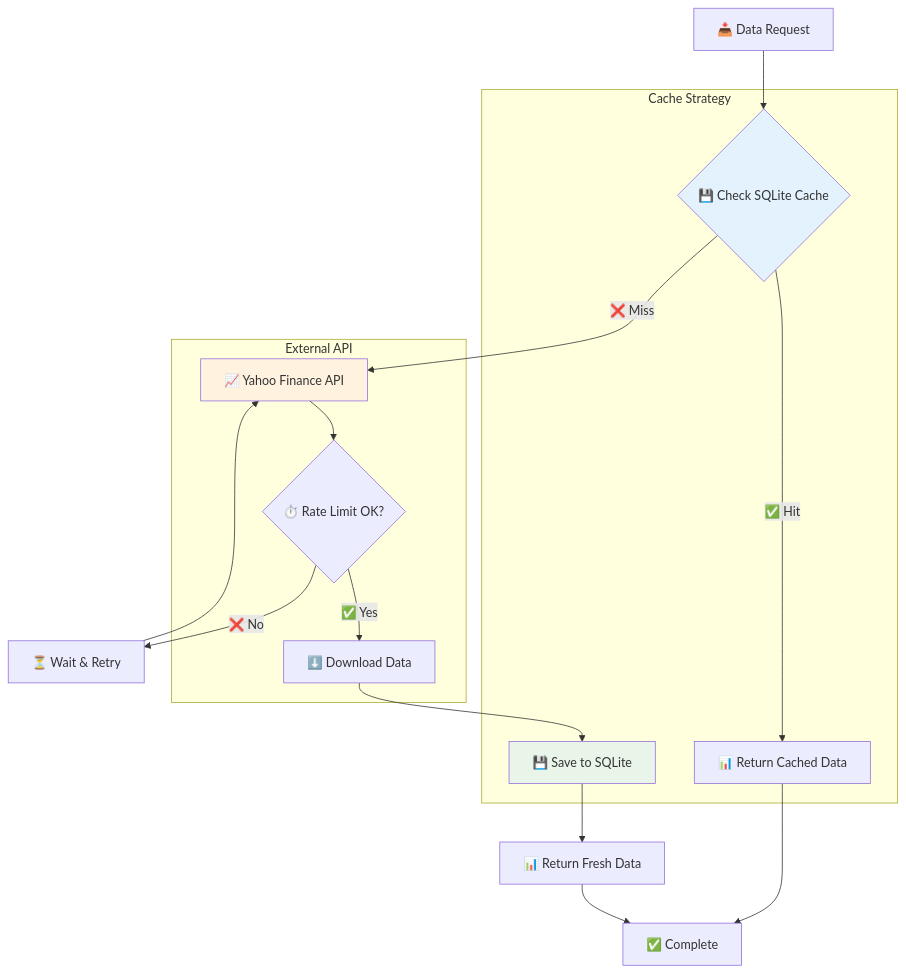
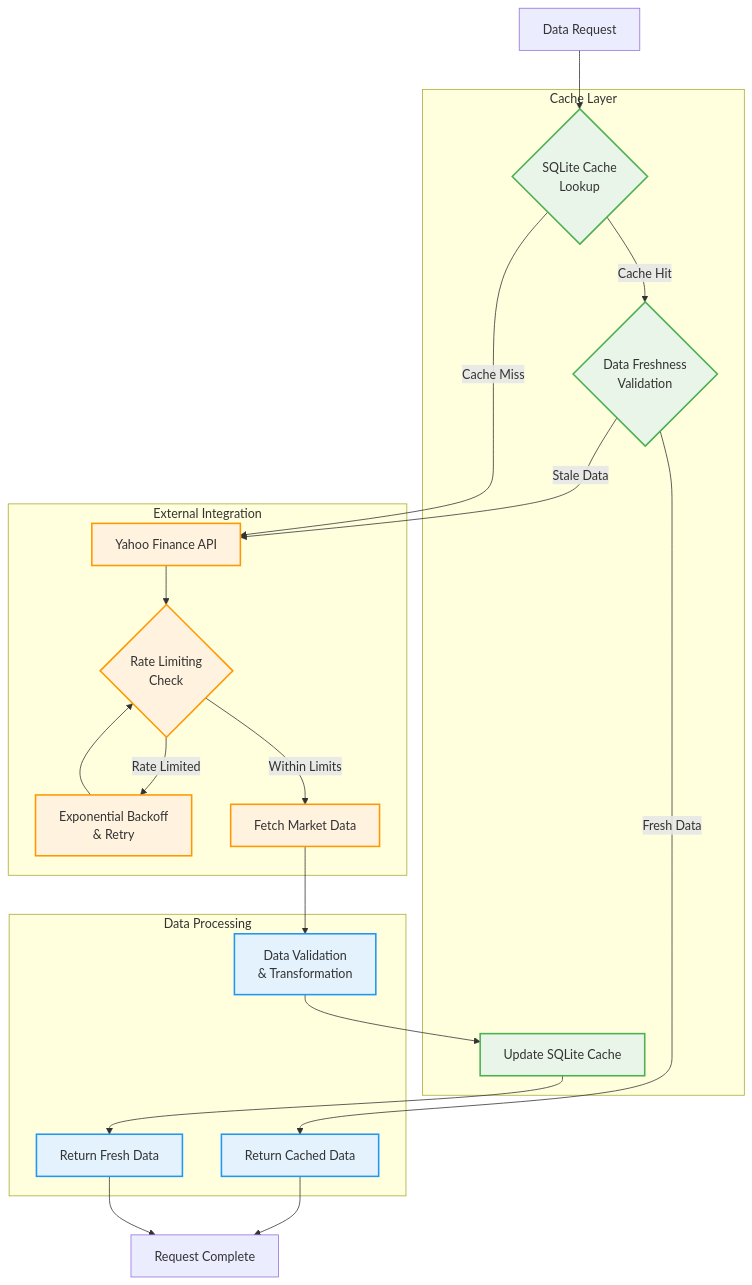
One commit to PauloGuedes2/tech4 changed the sixth of 6 diagrams in README.md. Above: the diagram before and after it, drawn with Mermaid. The commit also changed other lines of this file, not shown here.

````diff
--- a/README.md
+++ b/README.md
@@ -556,34 +670,49 @@
-```mermaid 
+```mermaid
 flowchart TD
-    Request[📥 Data Request] --> CheckCache{💾 Check SQLite Cache}
+    Request[Data Request] --> CacheCheck{SQLite Cache<br/>Lookup}
     
-    CheckCache -->|✅ Hit| CacheData[📊 Return Cached Data]
-    CheckCache -->|❌ Miss| YahooAPI[📈 Yahoo Finance API]
+    CacheCheck -->|Cache Hit| ValidateData{Data Freshness<br/>Validation}
+    CacheCheck -->|Cache Miss| ExternalAPI[Yahoo Finance API]
     
-    YahooAPI --> RateLimit{⏱️ Rate Limit OK?}
-    RateLimit -->|✅ Yes| Download[⬇️ Download Data]
-    RateLimit -->|❌ No| Wait[⏳ Wait & Retry]
+    ValidateData -->|Fresh Data| ReturnCached[Return Cached Data]
+    ValidateData -->|Stale Data| ExternalAPI
     
-    Wait --> YahooAPI
-    Download --> SaveCache[💾 Save to SQLite]
-    SaveCache --> ReturnData[📊 Return Fresh Data]
+    ExternalAPI --> RateLimit{Rate Limiting<br/>Check}
+    RateLimit -->|Within Limits| FetchData[Fetch Market Data]
+    RateLimit -->|Rate Limited| BackoffRetry[Exponential Backoff<br/>& Retry]
     
-    CacheData --> End[✅ Complete]
-    ReturnData --> End
+    BackoffRetry --> RateLimit
+    FetchData --> ProcessData[Data Validation<br/>& Transformation]
+    ProcessData --> UpdateCache[Update SQLite Cache]
+    UpdateCache --> ReturnFresh[Return Fresh Data]
     
-    subgraph "Cache Strategy"
-        CheckCache
-        CacheData
-        SaveCache
+    ReturnCached --> Complete[Request Complete]
+    ReturnFresh --> Complete
+    
+    subgraph "Cache Layer"
+        CacheCheck
+        ValidateData
+        UpdateCache
     end
     
-    subgraph "External API"
-        YahooAPI
+    subgraph "External Integration"
+        ExternalAPI
         RateLimit
-        Download
+        FetchData
+        BackoffRetry
     end
     
-    style CheckCache fill:#e3f2fd
-    style YahooAPI fill:#fff3e0
-    style SaveCache fill:#e8f5e8
+    subgraph "Data Processing"
+        ProcessData
+        ReturnCached
+        ReturnFresh
+    end
+    
+    classDef cacheNodes fill:#e8f5e8,stroke:#4caf50,stroke-width:2px
+    classDef externalNodes fill:#fff3e0,stroke:#ff9800,stroke-width:2px
+    classDef processNodes fill:#e3f2fd,stroke:#2196f3,stroke-width:2px
+    
+    class CacheCheck,ValidateData,UpdateCache cacheNodes
+    class ExternalAPI,RateLimit,FetchData,BackoffRetry externalNodes
+    class ProcessData,ReturnCached,ReturnFresh processNodes
 ```
````
